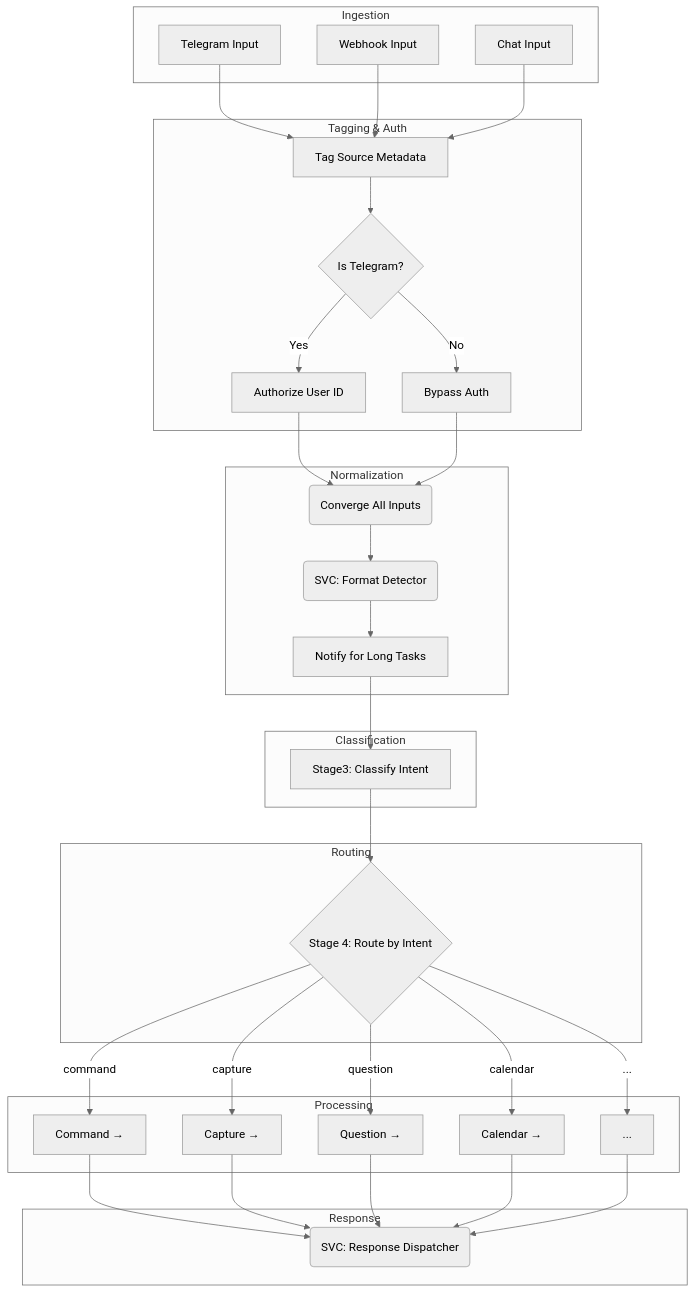
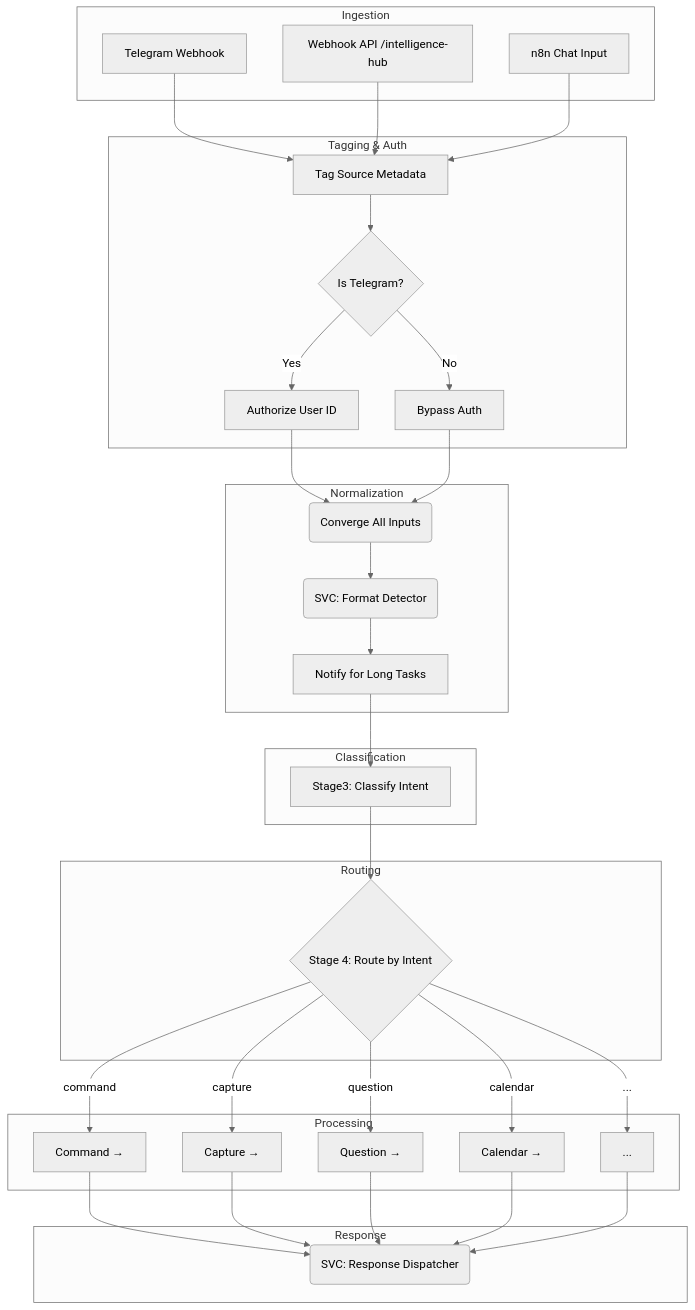
Before and after one commit to brostudiodev/autonomous-living-architecture: the diagram in docs/20_Systems/S11_Meta-System-Integration/architecture_diagram.md, drawn with Mermaid (neutral theme). The commit also changed 413 other files, not shown here.

Commit message:
docs: synchronized architectural state from private repository (April 2026)

````diff
--- a/docs/20_Systems/S11_Meta-System-Integration/architecture_diagram.md
+++ b/docs/20_Systems/S11_Meta-System-Integration/architecture_diagram.md
@@ -1,66 +1,66 @@
 ```mermaid
 graph TD
     subgraph Ingestion
-        A[Telegram Input]
-        B[Webhook Input]
-        C[Chat Input]
+        A[Telegram Webhook]
+        B[Webhook API /intelligence-hub]
+        C[n8n Chat Input]
     end
 
     subgraph Tagging & Auth
         D[Tag Source Metadata]
         E{Is Telegram?}
         F[Authorize User ID]
         G[Bypass Auth]
     end
 
     subgraph Normalization
         H(Converge All Inputs)
         I(SVC: Format Detector)
         J[Notify for Long Tasks]
     end
 
     subgraph Classification
         K[Stage3: Classify Intent]
     end
 
     subgraph Routing
         L{Stage 4: Route by Intent}
     end
 
     subgraph Processing
         M[Command →]
         N[Capture →]
         O[Question →]
         P[Calendar →]
         Q[...]
     end
 
     subgraph Response
         R(SVC: Response Dispatcher)
     end
 
     A --> D
     B --> D
     C --> D
     D --> E
     E -- Yes --> F
     E -- No --> G
     F --> H
     G --> H
     H --> I
     I --> J
     J --> K
     K --> L
 
     L -- command --> M
     L -- capture --> N
     L -- question --> O
     L -- calendar --> P
     L -- ... --> Q
 
     M --> R
     N --> R
     O --> R
     P --> R
     Q --> R
 ```
````
